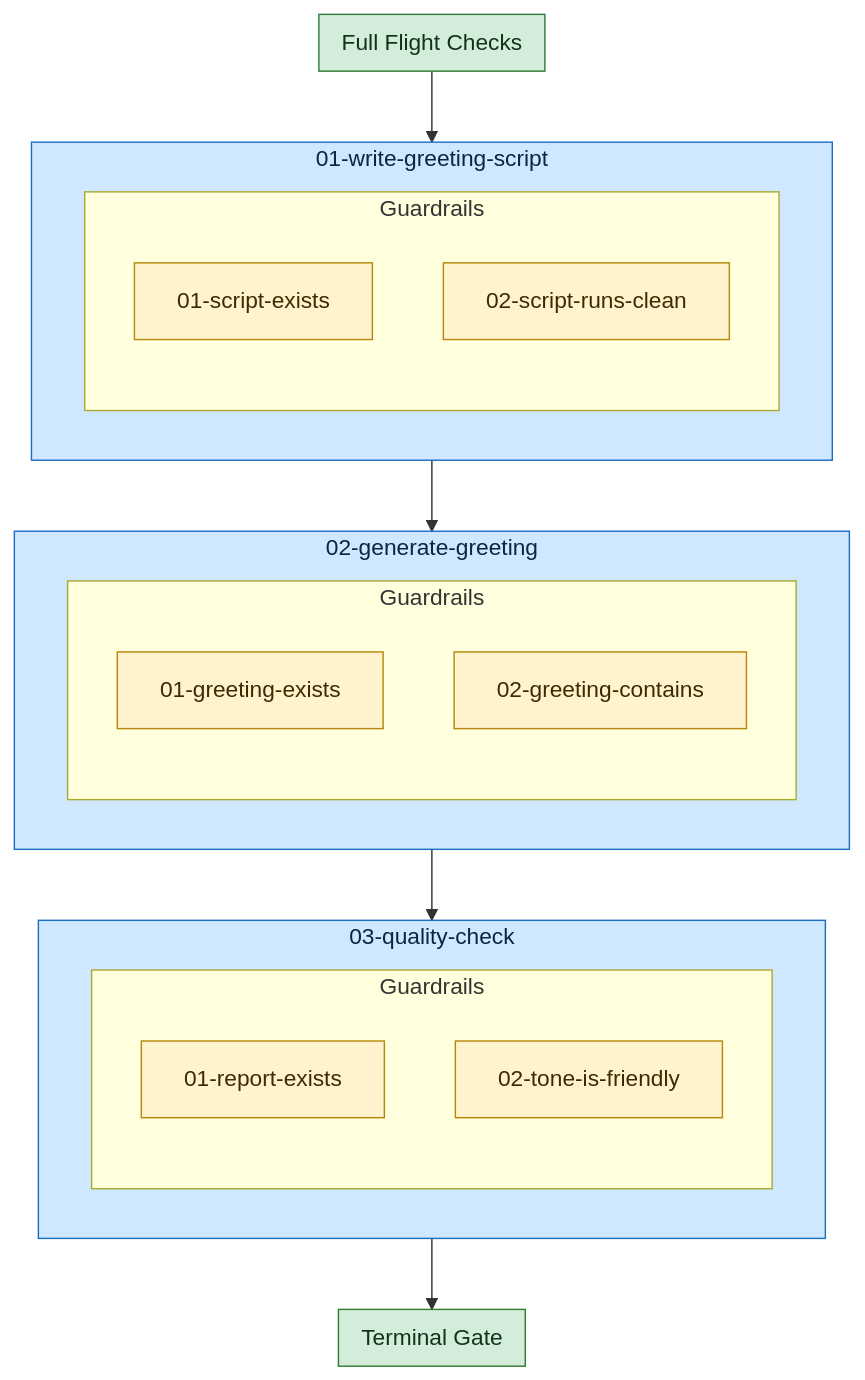
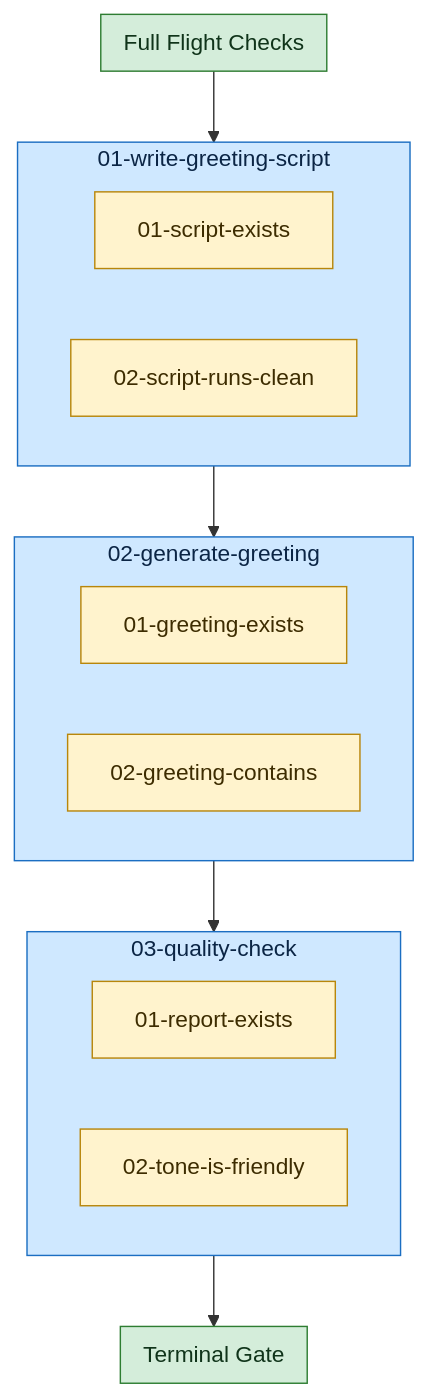
Before and after one commit to Servant-Software-LLC/Guardrails: the diagram in examples/hello-guardrails/hello-guardrails/diagram.md, drawn with Mermaid. The commit also changed other lines of this file and 15 other files, not shown here.

````diff
--- a/examples/hello-guardrails/hello-guardrails/diagram.md
+++ b/examples/hello-guardrails/hello-guardrails/diagram.md
@@ -3,36 +3,30 @@
 ```mermaid
 flowchart TD
   subgraph plan_preflights["Full Flight Checks"]
   end
   style plan_preflights fill:#d4edda,stroke:#2e7d32,color:#10341a;
   subgraph task_01_write_greeting_script["01-write-greeting-script"]
-    subgraph task_01_write_greeting_script_guardrails["Guardrails"]
-      task_01_write_greeting_script_gr_0["01-script-exists"]:::guardrail
-      task_01_write_greeting_script_gr_1["02-script-runs-clean"]:::guardrail
-    end
+    task_01_write_greeting_script_gr_0["01-script-exists"]:::guardrail
+    task_01_write_greeting_script_gr_1["02-script-runs-clean"]:::guardrail
   end
   style task_01_write_greeting_script fill:#cfe8ff,stroke:#1b6ec2,color:#0b2545;
   subgraph task_02_generate_greeting["02-generate-greeting"]
-    subgraph task_02_generate_greeting_guardrails["Guardrails"]
-      task_02_generate_greeting_gr_0["01-greeting-exists"]:::guardrail
-      task_02_generate_greeting_gr_1["02-greeting-contains"]:::guardrail
-    end
+    task_02_generate_greeting_gr_0["01-greeting-exists"]:::guardrail
+    task_02_generate_greeting_gr_1["02-greeting-contains"]:::guardrail
   end
   style task_02_generate_greeting fill:#cfe8ff,stroke:#1b6ec2,color:#0b2545;
   subgraph task_03_quality_check["03-quality-check"]
-    subgraph task_03_quality_check_guardrails["Guardrails"]
-      task_03_quality_check_gr_0["01-report-exists"]:::guardrail
-      task_03_quality_check_gr_1["02-tone-is-friendly"]:::guardrail
-    end
+    task_03_quality_check_gr_0["01-report-exists"]:::guardrail
+    task_03_quality_check_gr_1["02-tone-is-friendly"]:::guardrail
   end
   style task_03_quality_check fill:#cfe8ff,stroke:#1b6ec2,color:#0b2545;
   subgraph plan_guardrails["Terminal Gate"]
   end
   style plan_guardrails fill:#d4edda,stroke:#2e7d32,color:#10341a;
   plan_preflights --> task_01_write_greeting_script
   task_01_write_greeting_script --> task_02_generate_greeting
   task_02_generate_greeting --> task_03_quality_check
   task_03_quality_check --> plan_guardrails
   classDef preflight fill:#e6d7ff,stroke:#6f42c1,color:#2e1065;
   classDef guardrail fill:#fff3cd,stroke:#b8860b,color:#3d2c00;
 ```
````
